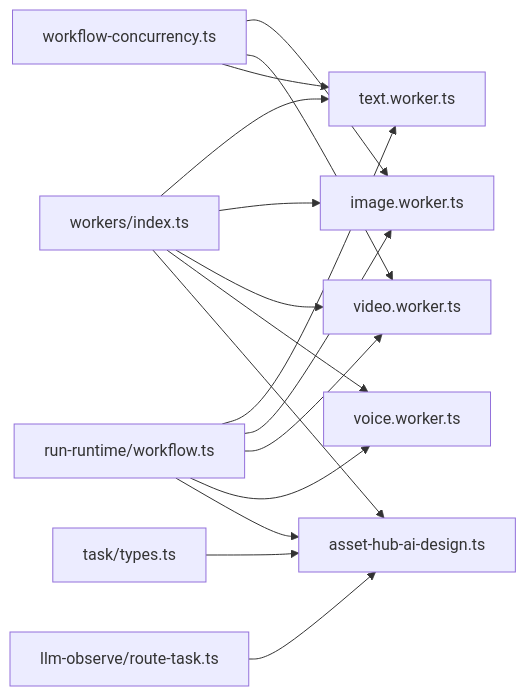
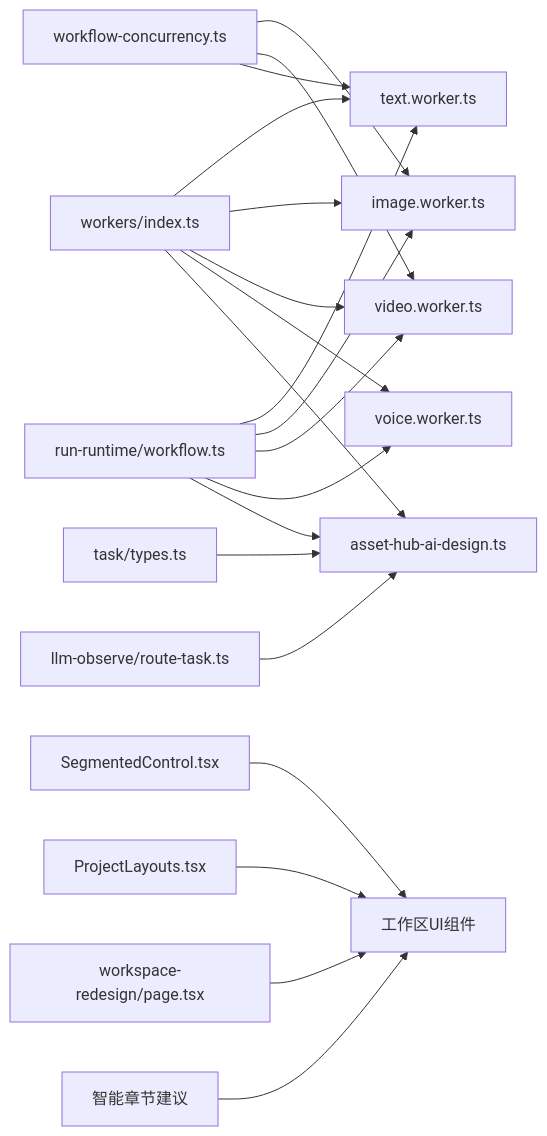
One commit to lyl2021/waoowaoo changed diagram 11 of 11 in .qoder/repowiki/zh/content/小说推广工作流/小说推广工作流.md. Above: the diagram before and after it, drawn with Mermaid. The commit also changed other lines of this file and 15 other files, not shown here.

````diff
--- a/.qoder/repowiki/zh/content/小说推广工作流/小说推广工作流.md
+++ b/.qoder/repowiki/zh/content/小说推广工作流/小说推广工作流.md
@@ -413,18 +658,22 @@
 ```mermaid
 graph LR
 IDX["workers/index.ts"] --> TXT["text.worker.ts"]
 IDX --> IMG["image.worker.ts"]
 IDX --> VID["video.worker.ts"]
 IDX --> VOC["voice.worker.ts"]
 IDX --> AH["asset-hub-ai-design.ts"]
 WF["run-runtime/workflow.ts"] --> TXT
 WF --> IMG
 WF --> VID
 WF --> VOC
 WF --> AH
 CON["workflow-concurrency.ts"] --> IMG
 CON --> VID
 CON --> TXT
 TASK["task/types.ts"] --> AH
 RT["llm-observe/route-task.ts"] --> AH
+SEG["SegmentedControl.tsx"] --> UI["工作区UI组件"]
+GRID["ProjectLayouts.tsx"] --> UI
+RED["workspace-redesign/page.tsx"] --> UI
+SMART["智能章节建议"] --> UI
 ```
````
